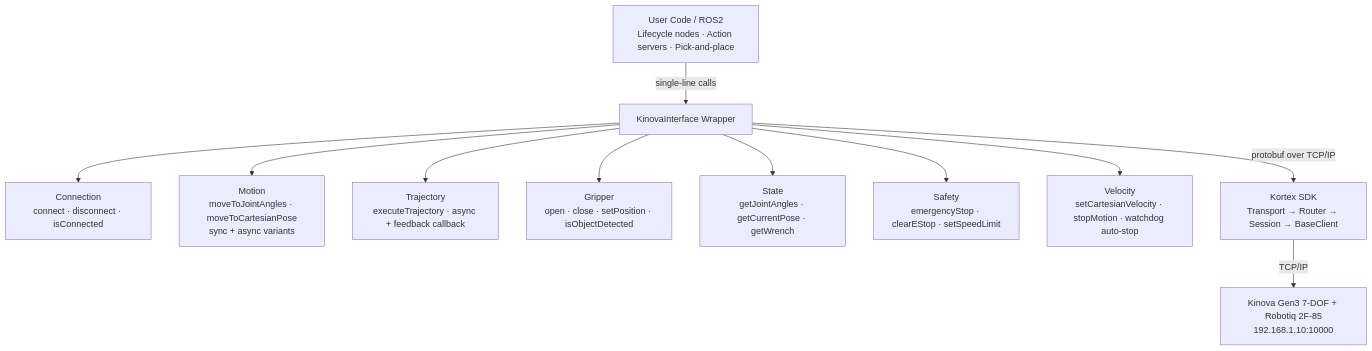
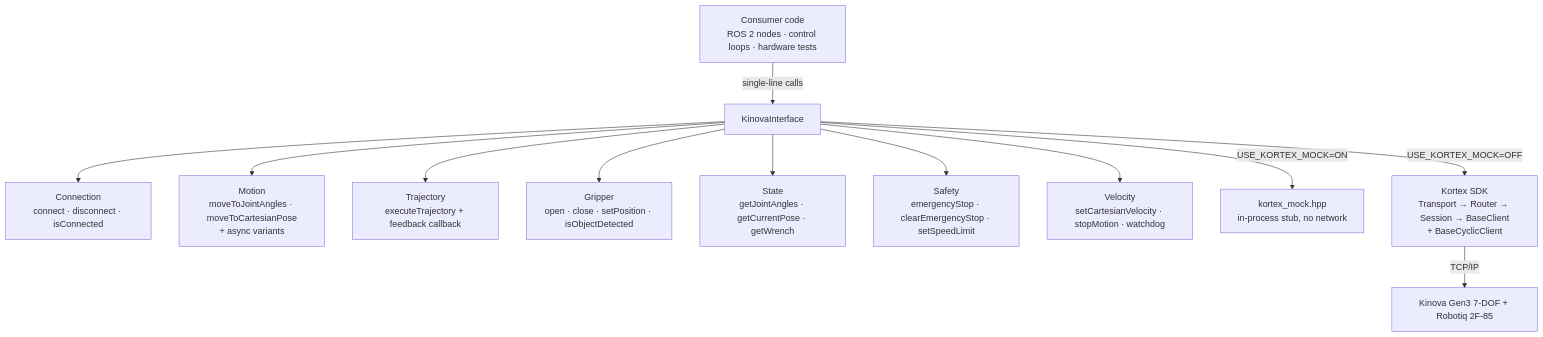
Before and after one commit to Sahilnarola-1007/kinova-wrapper: the diagram in README.md, drawn with Mermaid. The commit also changed other lines of this file, not shown here.

````diff
--- a/README.md
+++ b/README.md
@@ -62,16 +68,17 @@
 ```mermaid
 graph TD
-    A[User Code / ROS2<br/>Lifecycle nodes · Action servers · Pick-and-place] 
-    -->|single-line calls| B[KinovaInterface Wrapper]
-    
-    B --> B1[Connection<br/>connect · disconnect · isConnected]
-    B --> B2[Motion<br/>moveToJointAngles · moveToCartesianPose<br/>sync + async variants]
-    B --> B3[Trajectory<br/>executeTrajectory · async + feedback callback]
-    B --> B4[Gripper<br/>open · close · setPosition · isObjectDetected]
-    B --> B5[State<br/>getJointAngles · getCurrentPose · getWrench]
-    B --> B6[Safety<br/>emergencyStop · clearEStop · setSpeedLimit]
-    B --> B7[Velocity<br/>setCartesianVelocity · stopMotion · watchdog auto-stop]
+    A["Consumer code<br/>ROS 2 nodes · control loops · hardware tests"]
+      -->|single-line calls| B["KinovaInterface"]
 
-    B -->|protobuf over TCP/IP| C[Kortex SDK<br/>Transport → Router → Session → BaseClient]
-    C -->|TCP/IP| D[Kinova Gen3 7-DOF + Robotiq 2F-85<br/>192.168.1.10:10000]
+    B --> B1["Connection<br/>connect · disconnect · isConnected"]
+    B --> B2["Motion<br/>moveToJointAngles · moveToCartesianPose<br/>+ async variants"]
+    B --> B3["Trajectory<br/>executeTrajectory + feedback callback"]
+    B --> B4["Gripper<br/>open · close · setPosition · isObjectDetected"]
+    B --> B5["State<br/>getJointAngles · getCurrentPose · getWrench"]
+    B --> B6["Safety<br/>emergencyStop · clearEmergencyStop · setSpeedLimit"]
+    B --> B7["Velocity<br/>setCartesianVelocity · stopMotion · watchdog"]
+
+    B -->|"USE_KORTEX_MOCK=ON"| M["kortex_mock.hpp<br/>in-process stub, no network"]
+    B -->|"USE_KORTEX_MOCK=OFF"| C["Kortex SDK<br/>Transport → Router → Session → BaseClient<br/>+ BaseCyclicClient"]
+    C -->|TCP/IP| D["Kinova Gen3 7-DOF + Robotiq 2F-85"]
 ```
````
